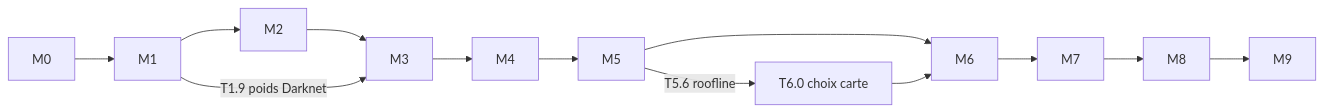
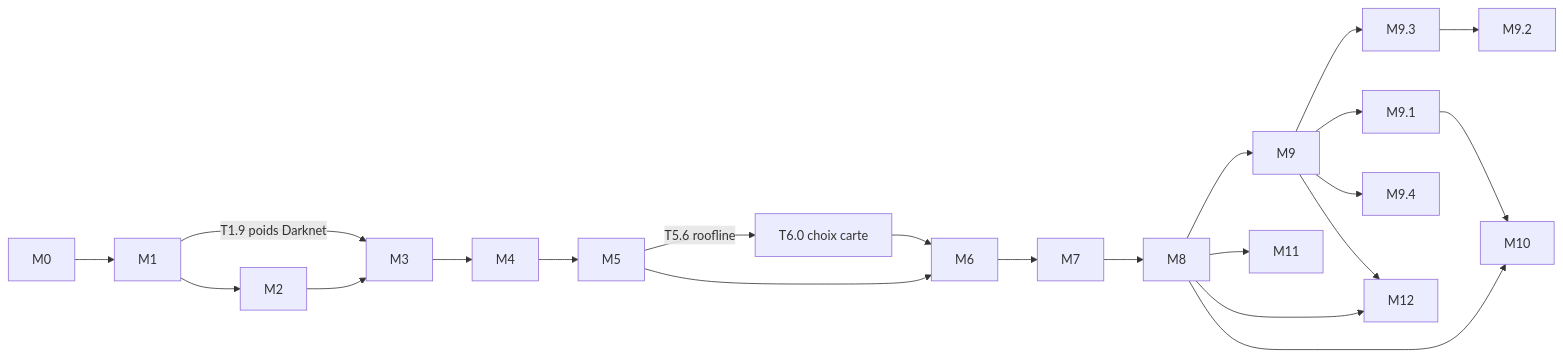
One commit to lrivals/EmbeddedComputervision changed the diagram in docs/tasks/README.md. Above: the diagram before and after it, drawn with Mermaid. The commit also changed other lines of this file and 8 other files, not shown here.

````diff
--- a/docs/tasks/README.md
+++ b/docs/tasks/README.md
@@ -21,8 +28,15 @@
 ```mermaid
 graph LR
   M0 --> M1 --> M2 --> M3
   M1 -- "T1.9 poids Darknet" --> M3
   M3 --> M4 --> M5 --> M6 --> M7 --> M8
   M5 -- "T5.6 roofline" --> T60["T6.0 choix carte"] --> M6
   M8 --> M9
+  M9 --> M91[M9.1] & M93[M9.3] & M94[M9.4]
+  M93 --> M92[M9.2]
+  M8 --> M10[M10]
+  M91 --> M10
+  M8 --> M11[M11]
+  M8 --> M12[M12]
+  M9 --> M12
 ```
````
